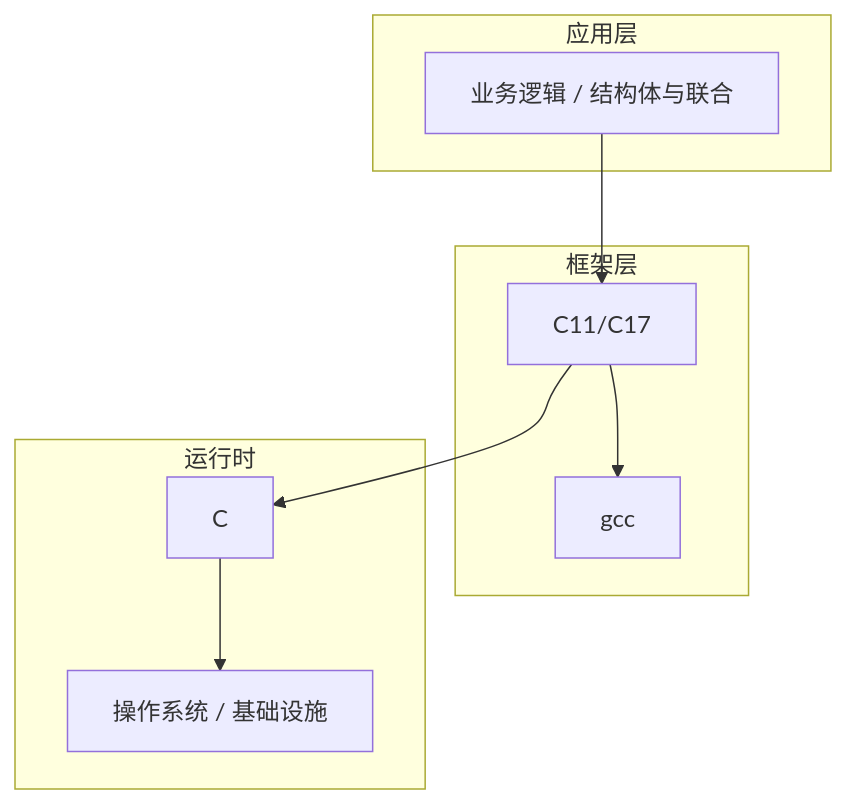
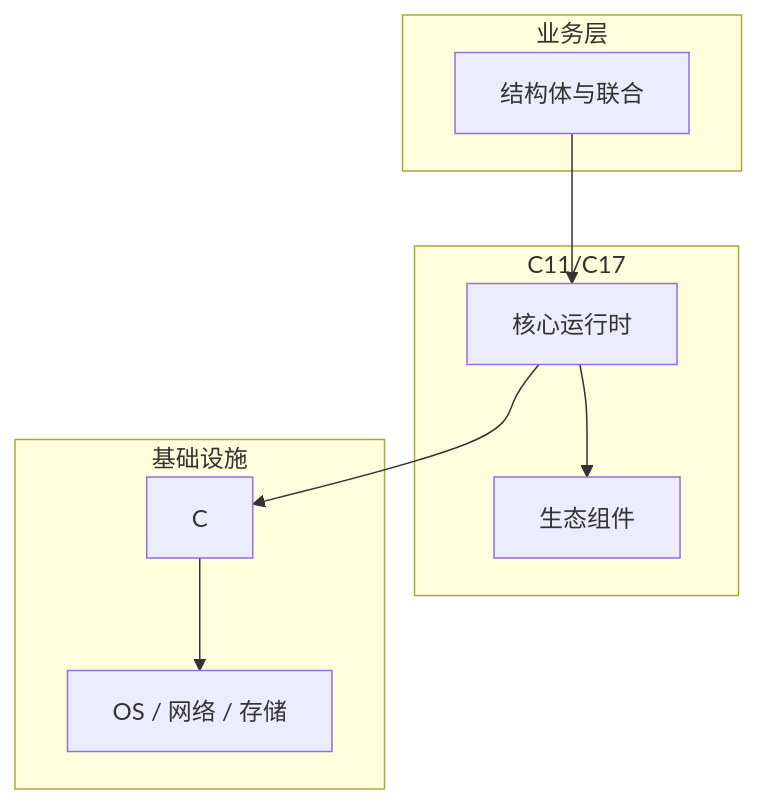
Before and after one commit to yanggan2015/knowledge-json-v2: the diagram in articles/C语言/chapters/058-结构体与联合核心概念与原理.md, drawn with Mermaid. The commit also changed other lines of this file and 10127 other files, not shown here.

````diff
--- a/articles/C语言/chapters/058-结构体与联合核心概念与原理.md
+++ b/articles/C语言/chapters/058-结构体与联合核心概念与原理.md
@@ -45,18 +34,18 @@
 ```mermaid
 graph TB
-    subgraph 应用层
-        A[业务逻辑 / 结构体与联合]
+    subgraph 业务层
+        A[结构体与联合]
     end
-    subgraph 框架层
-        B[C11/C17]
-        C[gcc]
+    subgraph C11/C17
+        B[核心运行时]
+        C[生态组件]
     end
-    subgraph 运行时
+    subgraph 基础设施
         D[C]
-        E[操作系统 / 基础设施]
+        E[OS / 网络 / 存储]
     end
     A --> B
     B --> C
     B --> D
     D --> E
 ```
````
